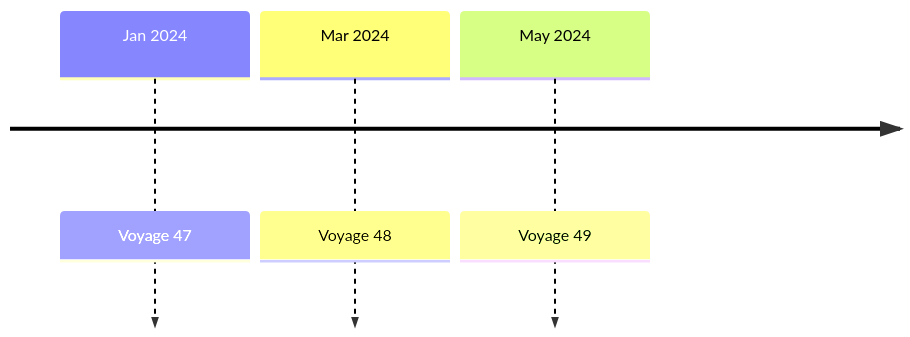
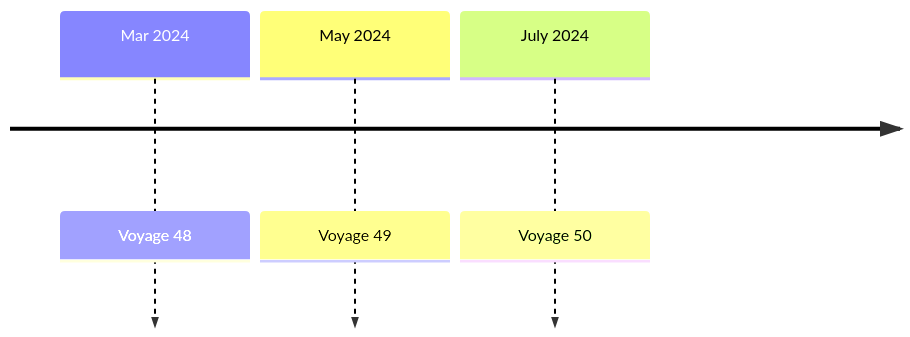
One commit to chingu-voyages/Handbook changed the diagram in docs/guides/voyage/voyage.md. Above: the diagram before and after it, drawn with Mermaid. The commit also changed other lines of this file, not shown here.

Commit message:
Feature: Update voyage schedule to remove V47 and add V50

````diff
--- a/docs/guides/voyage/voyage.md
+++ b/docs/guides/voyage/voyage.md
@@ -19,6 +19,6 @@
 ```mermaid
   timeline
-    Jan 2024 : Voyage 47
     Mar 2024 : Voyage 48
     May 2024 : Voyage 49
+    July 2024 : Voyage 50
 ```
````
